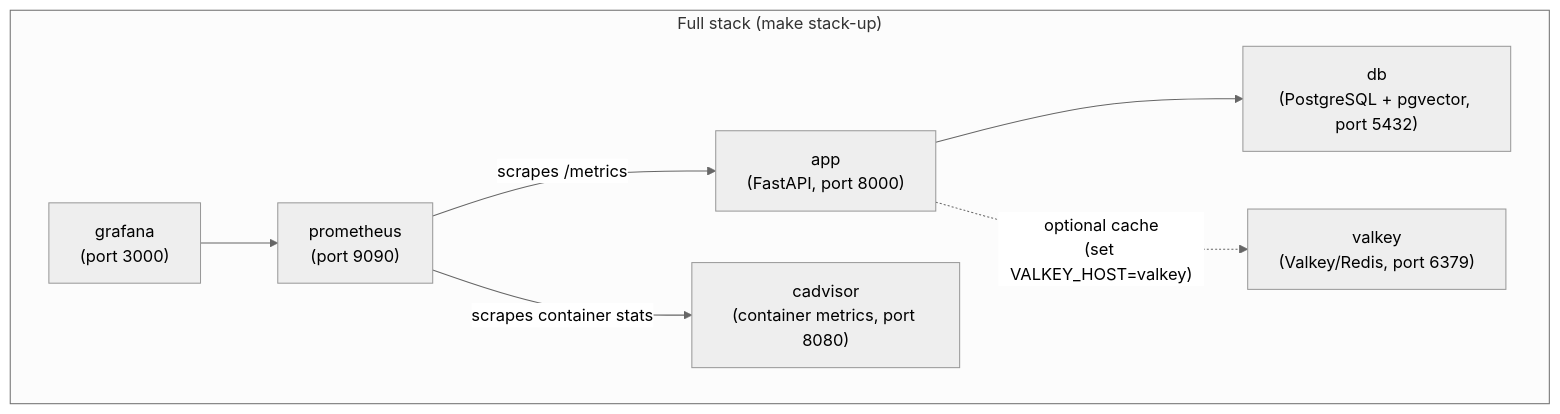
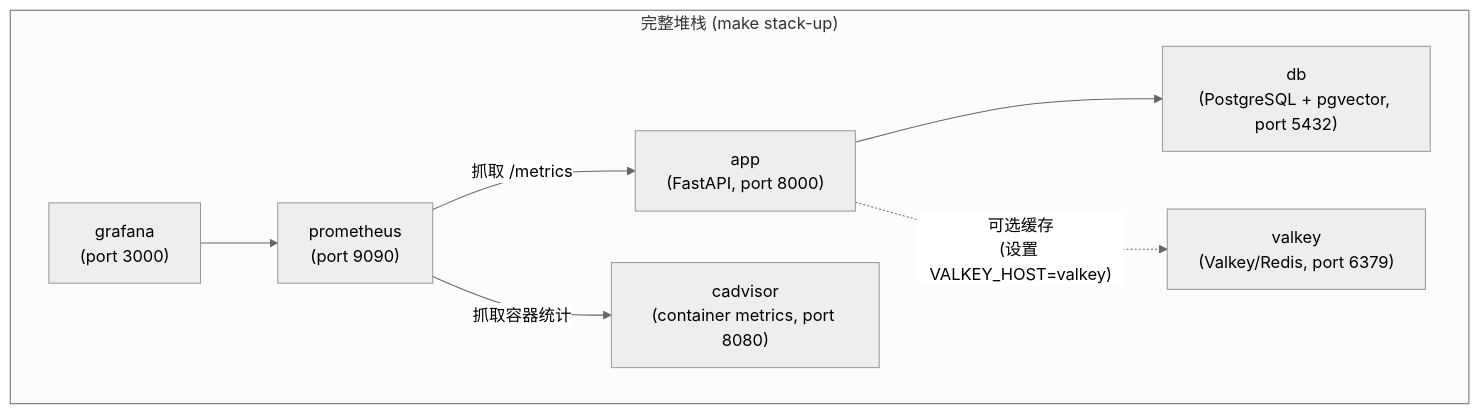
One commit to C-jcbest/landslide-monitoring-agent changed the diagram in docs/docker.md. Above: the diagram before and after it, drawn with Mermaid (neutral theme). The commit also changed other lines of this file and 25 other files, not shown here.

````diff
--- a/docs/docker.md
+++ b/docs/docker.md
@@ -5,17 +7,17 @@
 ```mermaid
 graph TB
-    subgraph stack["Full stack (make stack-up)"]
+    subgraph stack["完整堆栈 (make stack-up)"]
         app["app\n(FastAPI, port 8000)"]
         db["db\n(PostgreSQL + pgvector, port 5432)"]
         valkey["valkey\n(Valkey/Redis, port 6379)"]
         prometheus["prometheus\n(port 9090)"]
         grafana["grafana\n(port 3000)"]
         cadvisor["cadvisor\n(container metrics, port 8080)"]
     end
 
     app --> db
-    app -.->|"optional cache\n(set VALKEY_HOST=valkey)"| valkey
-    prometheus -->|"scrapes /metrics"| app
-    prometheus -->|"scrapes container stats"| cadvisor
+    app -.->|"可选缓存\n(设置 VALKEY_HOST=valkey)"| valkey
+    prometheus -->|"抓取 /metrics"| app
+    prometheus -->|"抓取容器统计"| cadvisor
     grafana --> prometheus
 ```
````
